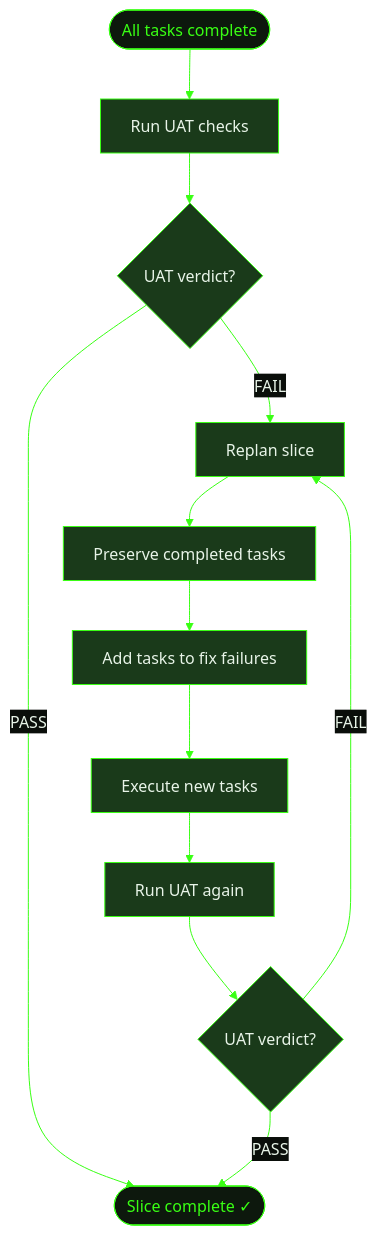
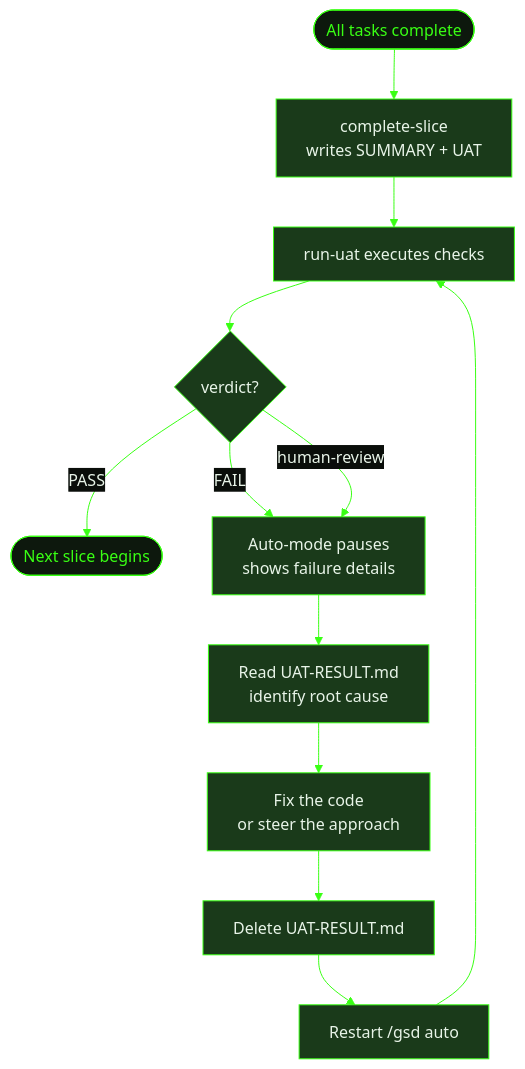
The diagram in src/content/docs/recipes/uat-failures.mdx (shusha-group/gsd2-guide), drawn with Mermaid before and after one commit. The commit also changed other lines of this file and 33 other files, not shown here.

````diff
--- a/src/content/docs/recipes/uat-failures.mdx
+++ b/src/content/docs/recipes/uat-failures.mdx
@@ -139,26 +169,26 @@
 ```mermaid
 %%{init: {'theme': 'base', 'themeVariables': {'primaryColor': '#1a3a1a', 'primaryTextColor': '#e8f4e8', 'primaryBorderColor': '#39ff14', 'lineColor': '#39ff14', 'secondaryColor': '#0d180d', 'tertiaryColor': '#0d180d', 'background': '#0a0e0a', 'mainBkg': '#1a3a1a', 'nodeBorder': '#39ff14', 'clusterBkg': '#0d180d', 'titleColor': '#39ff14', 'edgeLabelBackground': '#0a0e0a'}}}%%
 flowchart TD
-    Start([All tasks complete]) --> UAT[Run UAT checks]
-    UAT --> Result{UAT verdict?}
-    Result -->|PASS| Done([Slice complete ✓])
-    Result -->|FAIL| Replan[Replan slice]
-    Replan --> Preserve[Preserve completed tasks]
-    Preserve --> NewTasks[Add tasks to fix failures]
-    NewTasks --> Execute[Execute new tasks]
-    Execute --> UAT2[Run UAT again]
-    UAT2 --> Result2{UAT verdict?}
-    Result2 -->|PASS| Done
-    Result2 -->|FAIL| Replan
+    Start([All tasks complete]) --> CompleteSlice[complete-slice\nwrites SUMMARY + UAT]
+    CompleteSlice --> UAT[run-uat executes checks]
+    UAT --> Result{"verdict?"}
+    Result -->|PASS| NextSlice([Next slice begins])
+    Result -->|FAIL| Pause[Auto-mode pauses\nshows failure details]
+    Result -->|human-review| Pause
+    Pause --> Investigate[Read UAT-RESULT.md\nidentify root cause]
+    Investigate --> Fix[Fix the code\nor steer the approach]
+    Fix --> Delete[Delete UAT-RESULT.md]
+    Delete --> Restart[Restart /gsd auto]
+    Restart --> UAT
 
     style Start fill:#0d180d,stroke:#39ff14,color:#39ff14
+    style CompleteSlice fill:#1a3a1a,stroke:#39ff14,color:#e8f4e8
     style UAT fill:#1a3a1a,stroke:#39ff14,color:#e8f4e8
     style Result fill:#1a3a1a,stroke:#39ff14,color:#e8f4e8
-    style Replan fill:#1a3a1a,stroke:#39ff14,color:#e8f4e8
-    style Preserve fill:#1a3a1a,stroke:#39ff14,color:#e8f4e8
-    style NewTasks fill:#1a3a1a,stroke:#39ff14,color:#e8f4e8
-    style Execute fill:#1a3a1a,stroke:#39ff14,color:#e8f4e8
-    style UAT2 fill:#1a3a1a,stroke:#39ff14,color:#e8f4e8
-    style Result2 fill:#1a3a1a,stroke:#39ff14,color:#e8f4e8
-    style Done fill:#0d180d,stroke:#39ff14,color:#39ff14
+    style NextSlice fill:#0d180d,stroke:#39ff14,color:#39ff14
+    style Pause fill:#1a3a1a,stroke:#39ff14,color:#e8f4e8
+    style Investigate fill:#1a3a1a,stroke:#39ff14,color:#e8f4e8
+    style Fix fill:#1a3a1a,stroke:#39ff14,color:#e8f4e8
+    style Delete fill:#1a3a1a,stroke:#39ff14,color:#e8f4e8
+    style Restart fill:#1a3a1a,stroke:#39ff14,color:#e8f4e8
 ```
````
